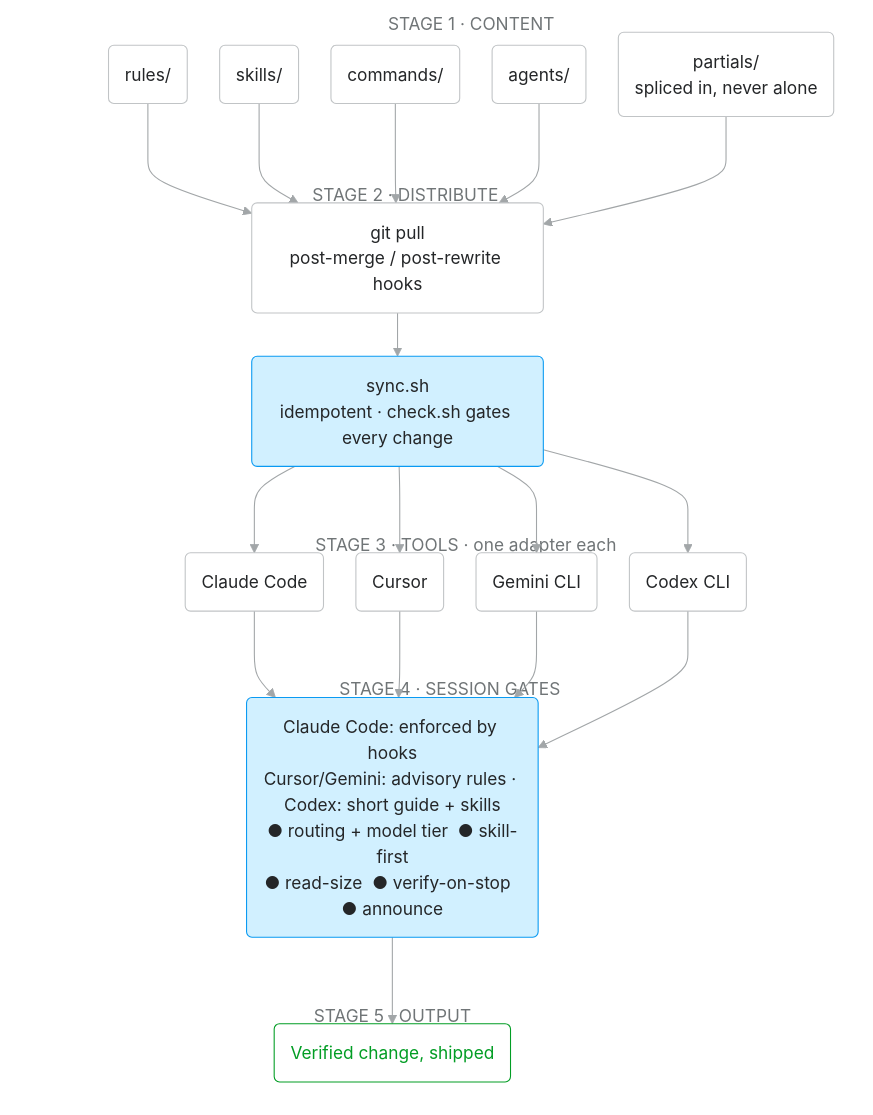
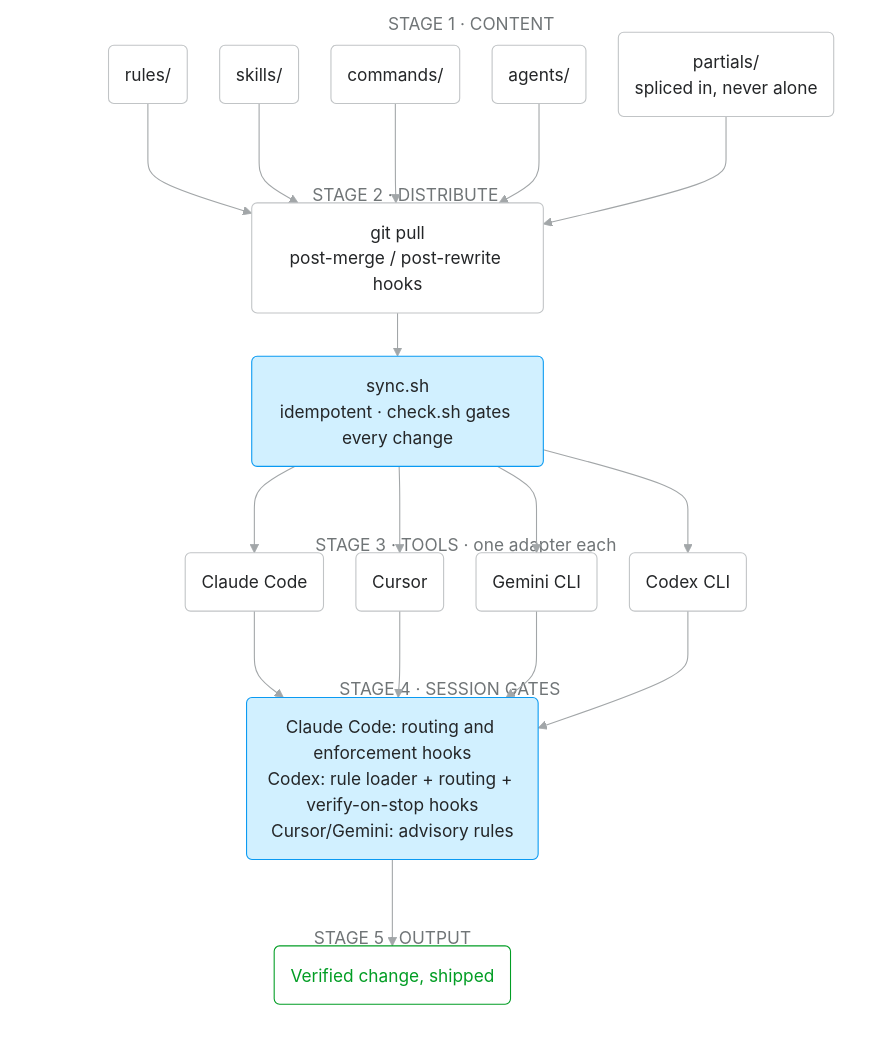
The first of 14 diagrams in README.md (raditia/CraftKit), drawn with Mermaid before and after one commit. The commit also changed other lines of this file and 6 other files, not shown here.

Commit message:
feat: load Codex rules and verify edits (v1.51.0)

````diff
--- a/README.md
+++ b/README.md
@@ -162,63 +162,63 @@
 ```mermaid
 ---
 config:
   theme: base
   look: classic
   fontFamily: "-apple-system, BlinkMacSystemFont, Segoe UI, Helvetica, Arial, sans-serif"
   themeVariables:
     fontFamily: "-apple-system, BlinkMacSystemFont, Segoe UI, Helvetica, Arial, sans-serif"
     fontSize: 16px
     primaryColor: "#FFFFFF"
     primaryBorderColor: "#C1C4C6"
     primaryTextColor: "#242628"
     lineColor: "#A2A6A8"
     clusterBkg: "#F5FBFF"
     clusterBorder: "#F0F1F2"
     titleColor: "#707577"
     edgeLabelBackground: "#FFFFFF"
   flowchart:
     curve: basis
     wrappingWidth: 240
     nodeSpacing: 30
     rankSpacing: 40
 ---
 flowchart TB
     subgraph S1["STAGE 1 · CONTENT"]
         c1("rules/")
         c2("skills/")
         c3("commands/")
         c4("agents/")
         c5("partials/<br/>spliced in, never alone")
     end
     subgraph S2["STAGE 2 · DISTRIBUTE"]
         pull("git pull<br/>post-merge / post-rewrite hooks") --> sync("sync.sh<br/>idempotent · check.sh gates every change")
     end
     subgraph S3["STAGE 3 · TOOLS · one adapter each"]
         t1("Claude Code")
         t2("Cursor")
         t3("Gemini CLI")
         t4("Codex CLI")
     end
     subgraph S4["STAGE 4 · SESSION GATES"]
-        gates("Claude Code: enforced by hooks<br/>Cursor/Gemini: advisory rules · Codex: short guide + skills<br/>● routing + model tier  ● skill-first<br/>● read-size  ● verify-on-stop  ● announce")
+        gates("Claude Code: routing and enforcement hooks<br/>Codex: rule loader + routing + verify-on-stop hooks<br/>Cursor/Gemini: advisory rules")
     end
     subgraph S5["STAGE 5 · OUTPUT"]
         out("Verified change, shipped")
     end
     c1 & c2 & c3 & c4 & c5 --> pull
     sync --> t1 & t2 & t3 & t4
     t1 & t2 & t3 & t4 --> gates
     gates --> out
 
     classDef n fill:#FFFFFF,stroke:#C1C4C6,color:#242628
     classDef key fill:#D1F0FF,stroke:#0A9AF2,color:#242628
     classDef ok fill:#FFFFFF,stroke:#029D24,color:#029D24
     class c1,c2,c3,c4,c5,pull,t1,t2,t3,t4 n
     class sync,gates key
     class out ok
     style S1 fill:transparent,stroke:transparent
     style S2 fill:transparent,stroke:transparent
     style S3 fill:transparent,stroke:transparent
     style S4 fill:transparent,stroke:transparent
     style S5 fill:transparent,stroke:transparent
 ```
````
